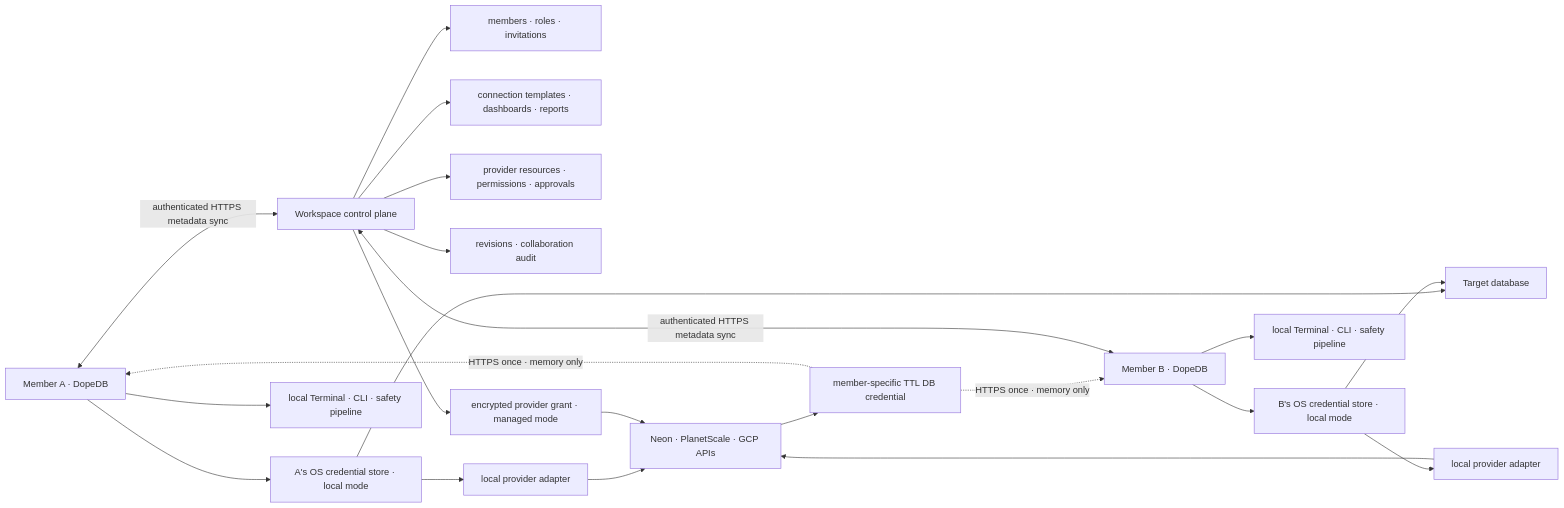
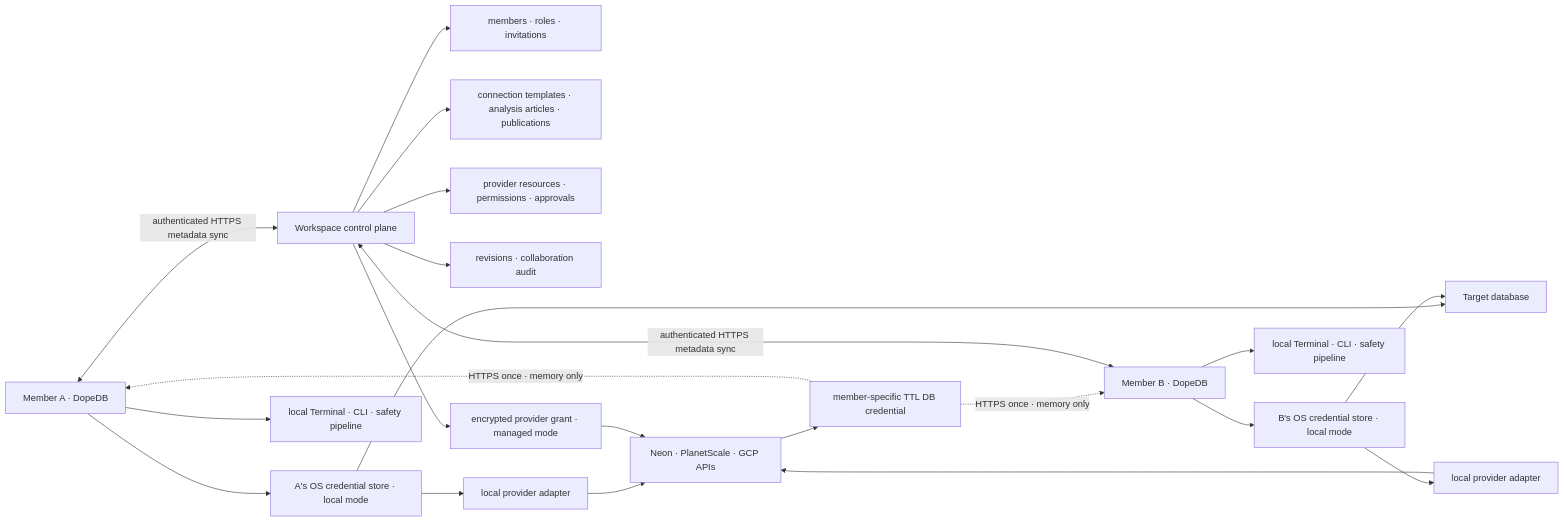
One commit to jaesong-blip/dopedb changed the diagram in docs/WORKSPACE_ROADMAP.md. Above: the diagram before and after it, drawn with Mermaid. The commit also changed other lines of this file and 286 other files, not shown here.

````diff
--- a/docs/WORKSPACE_ROADMAP.md
+++ b/docs/WORKSPACE_ROADMAP.md
@@ -72,24 +81,24 @@
 ```mermaid
 flowchart LR
     A["Member A · DopeDB"] <-->|"authenticated HTTPS metadata sync"| W["Workspace control plane"]
     B["Member B · DopeDB"] <-->|"authenticated HTTPS metadata sync"| W
     W --> M["members · roles · invitations"]
-    W --> R["connection templates · dashboards · reports"]
+    W --> R["connection templates · analysis articles · publications"]
     W --> P["provider resources · permissions · approvals"]
     W --> V["revisions · collaboration audit"]
     A --> KA["A's OS credential store · local mode"]
     B --> KB["B's OS credential store · local mode"]
     KA --> D["Target database"]
     KB --> D
     KA --> PA["local provider adapter"]
     KB --> PB["local provider adapter"]
     PA --> API["Neon · PlanetScale · GCP APIs"]
     PB --> API
     W --> MI["encrypted provider grant · managed mode"]
     MI --> API
     API --> EP["member-specific TTL DB credential"]
     EP -.->|"HTTPS once · memory only"| A
     EP -.->|"HTTPS once · memory only"| B
     A --> SA["local Terminal · CLI · safety pipeline"]
     B --> SB["local Terminal · CLI · safety pipeline"]
 ```
````
